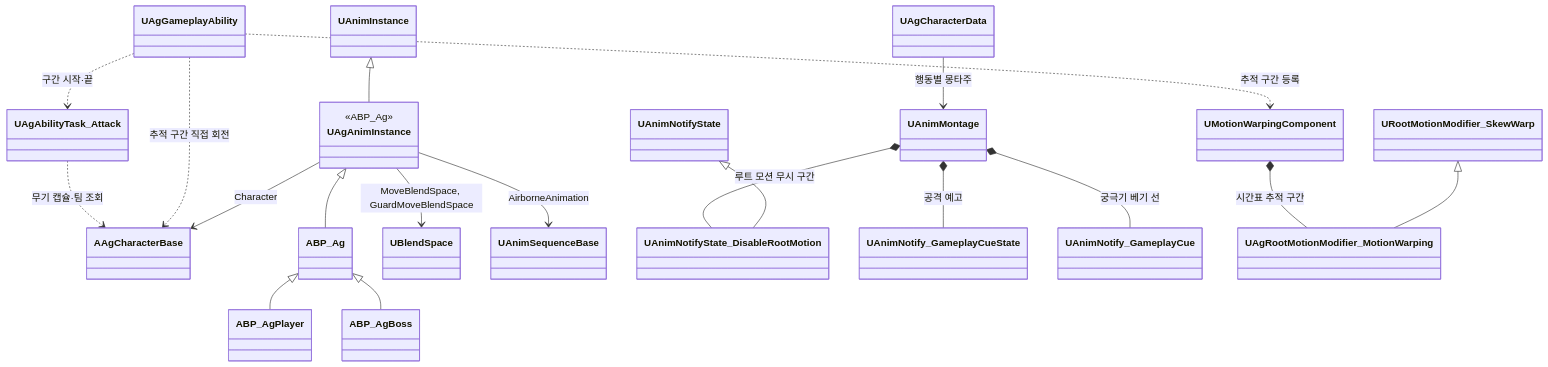
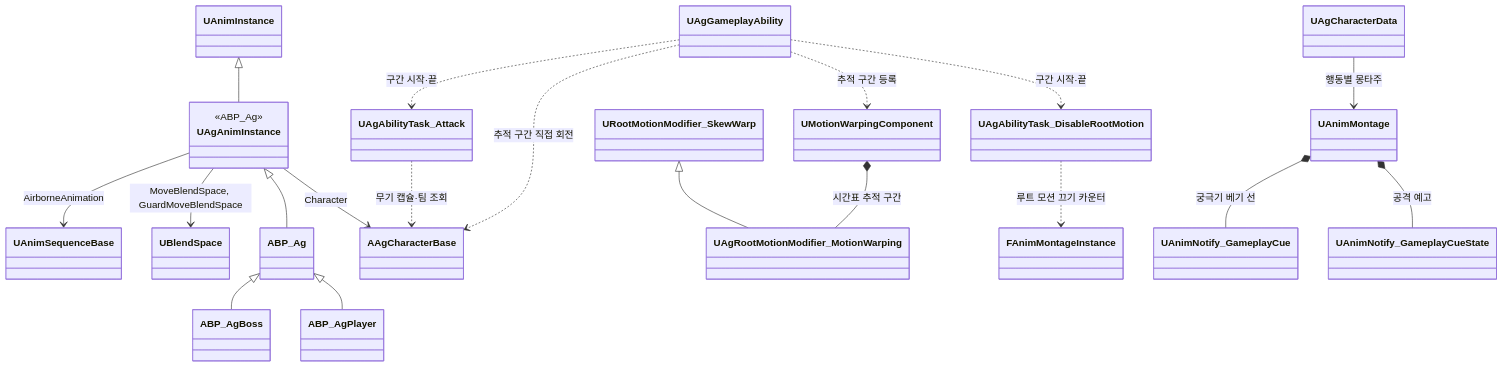
One commit to Woogl/Ag changed the diagram in Docs/Program/애니메이션과 이동.md. Above: the diagram before and after it, drawn with Mermaid. The commit also changed other lines of this file and 13 other files, not shown here.

First line of the commit message:
구현: 루트 모션 끄기를 시간표의 DisableRootMotion Task로 옮김

````diff
--- a/Docs/Program/애니메이션과 이동.md
+++ b/Docs/Program/애니메이션과 이동.md
@@ -45,26 +45,26 @@
 ```mermaid
 classDiagram
     direction TB
     class UAgAnimInstance {
         <<ABP_Ag>>
     }
     UAnimInstance <|-- UAgAnimInstance
     UAgAnimInstance --> AAgCharacterBase : Character
     UAgAnimInstance <|-- ABP_Ag
     ABP_Ag <|-- ABP_AgPlayer
     ABP_Ag <|-- ABP_AgBoss
     UAgAnimInstance --> UBlendSpace : MoveBlendSpace, GuardMoveBlendSpace
     UAgAnimInstance --> UAnimSequenceBase : AirborneAnimation
 
-    UAnimNotifyState <|-- UAnimNotifyState_DisableRootMotion
-    UAnimMontage *-- UAnimNotifyState_DisableRootMotion : 루트 모션 무시 구간
+    UAgGameplayAbility ..> UAgAbilityTask_DisableRootMotion : 구간 시작·끝
+    UAgAbilityTask_DisableRootMotion ..> FAnimMontageInstance : 루트 모션 끄기 카운터
     UAnimMontage *-- UAnimNotify_GameplayCueState : 공격 예고
     UAnimMontage *-- UAnimNotify_GameplayCue : 궁극기 베기 선
     UAgCharacterData --> UAnimMontage : 행동별 몽타주
     URootMotionModifier_SkewWarp <|-- UAgRootMotionModifier_MotionWarping
     UMotionWarpingComponent *-- UAgRootMotionModifier_MotionWarping : 시간표 추적 구간
     UAgGameplayAbility ..> UMotionWarpingComponent : 추적 구간 등록
     UAgGameplayAbility ..> AAgCharacterBase : 추적 구간 직접 회전
     UAgGameplayAbility ..> UAgAbilityTask_Attack : 구간 시작·끝
     UAgAbilityTask_Attack ..> AAgCharacterBase : 무기 캡슐·팀 조회
 ```
````
